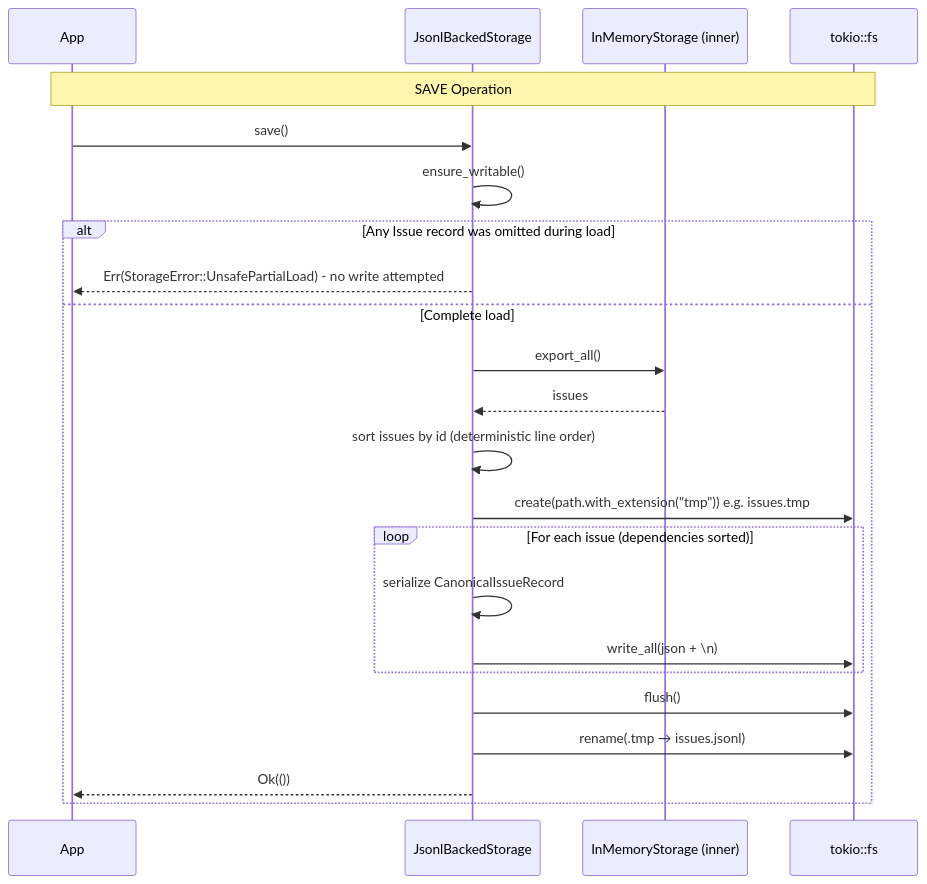
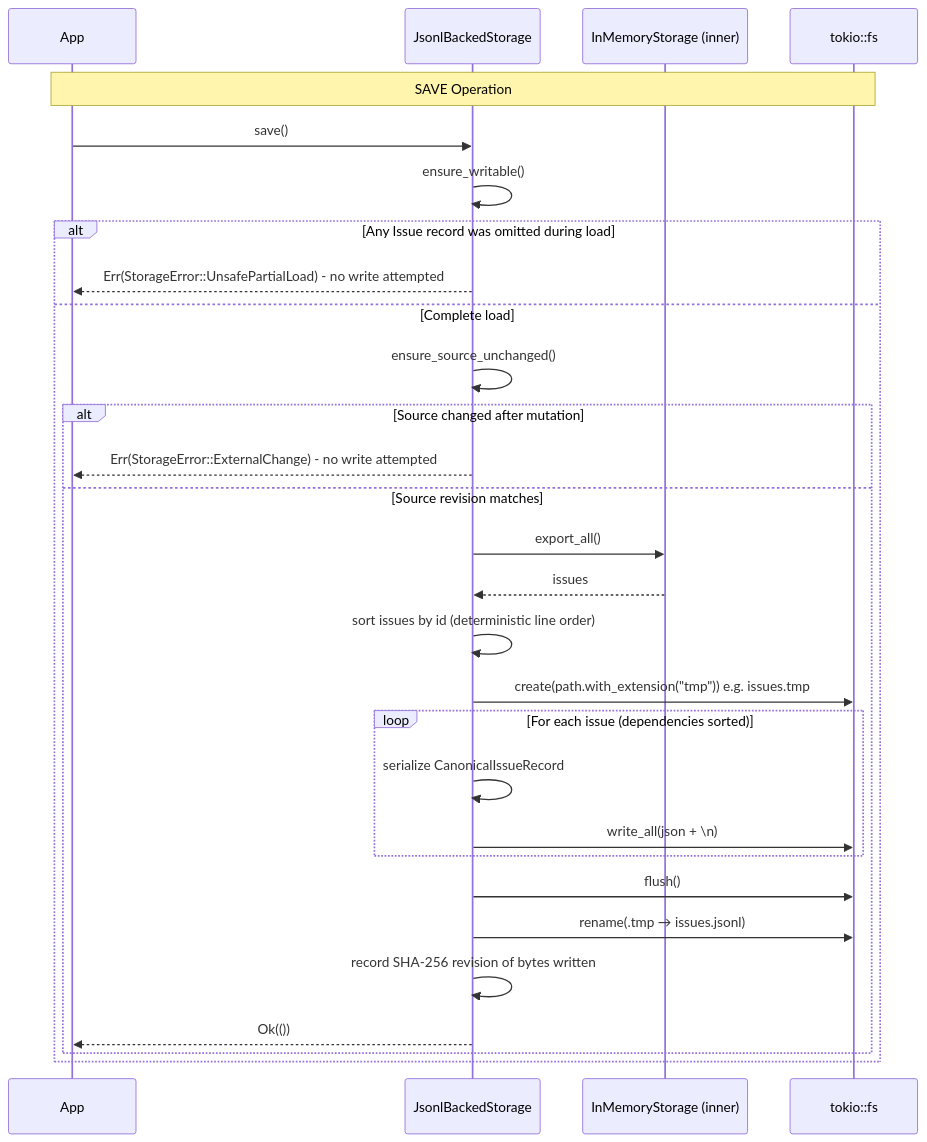
The third of 9 diagrams in docs/storage-architecture.md (dwalleck/rivets), drawn with Mermaid before and after one commit. The commit also changed other lines of this file and 9 other files, not shown here.

First line of the commit message:
fix(storage): guard stale JSONL source revisions

````diff
--- a/docs/storage-architecture.md
+++ b/docs/storage-architecture.md
@@ -132,27 +135,33 @@
 ```mermaid
 sequenceDiagram
     participant App
     participant Storage as JsonlBackedStorage
     participant Inner as InMemoryStorage (inner)
     participant FS as tokio::fs
 
     Note over App,FS: SAVE Operation
 
     App->>Storage: save()
     Storage->>Storage: ensure_writable()
     alt Any Issue record was omitted during load
         Storage-->>App: Err(StorageError::UnsafePartialLoad) - no write attempted
     else Complete load
-        Storage->>Inner: export_all()
-        Inner-->>Storage: issues
-        Storage->>Storage: sort issues by id (deterministic line order)
-        Storage->>FS: create(path.with_extension("tmp")) e.g. issues.tmp
-        loop For each issue (dependencies sorted)
-            Storage->>Storage: serialize CanonicalIssueRecord
-            Storage->>FS: write_all(json + \n)
+        Storage->>Storage: ensure_source_unchanged()
+        alt Source changed after mutation
+            Storage-->>App: Err(StorageError::ExternalChange) - no write attempted
+        else Source revision matches
+            Storage->>Inner: export_all()
+            Inner-->>Storage: issues
+            Storage->>Storage: sort issues by id (deterministic line order)
+            Storage->>FS: create(path.with_extension("tmp")) e.g. issues.tmp
+            loop For each issue (dependencies sorted)
+                Storage->>Storage: serialize CanonicalIssueRecord
+                Storage->>FS: write_all(json + \n)
+            end
+            Storage->>FS: flush()
+            Storage->>FS: rename(.tmp → issues.jsonl)
+            Storage->>Storage: record SHA-256 revision of bytes written
+            Storage-->>App: Ok(())
         end
-        Storage->>FS: flush()
-        Storage->>FS: rename(.tmp → issues.jsonl)
-        Storage-->>App: Ok(())
     end
 ```
````
